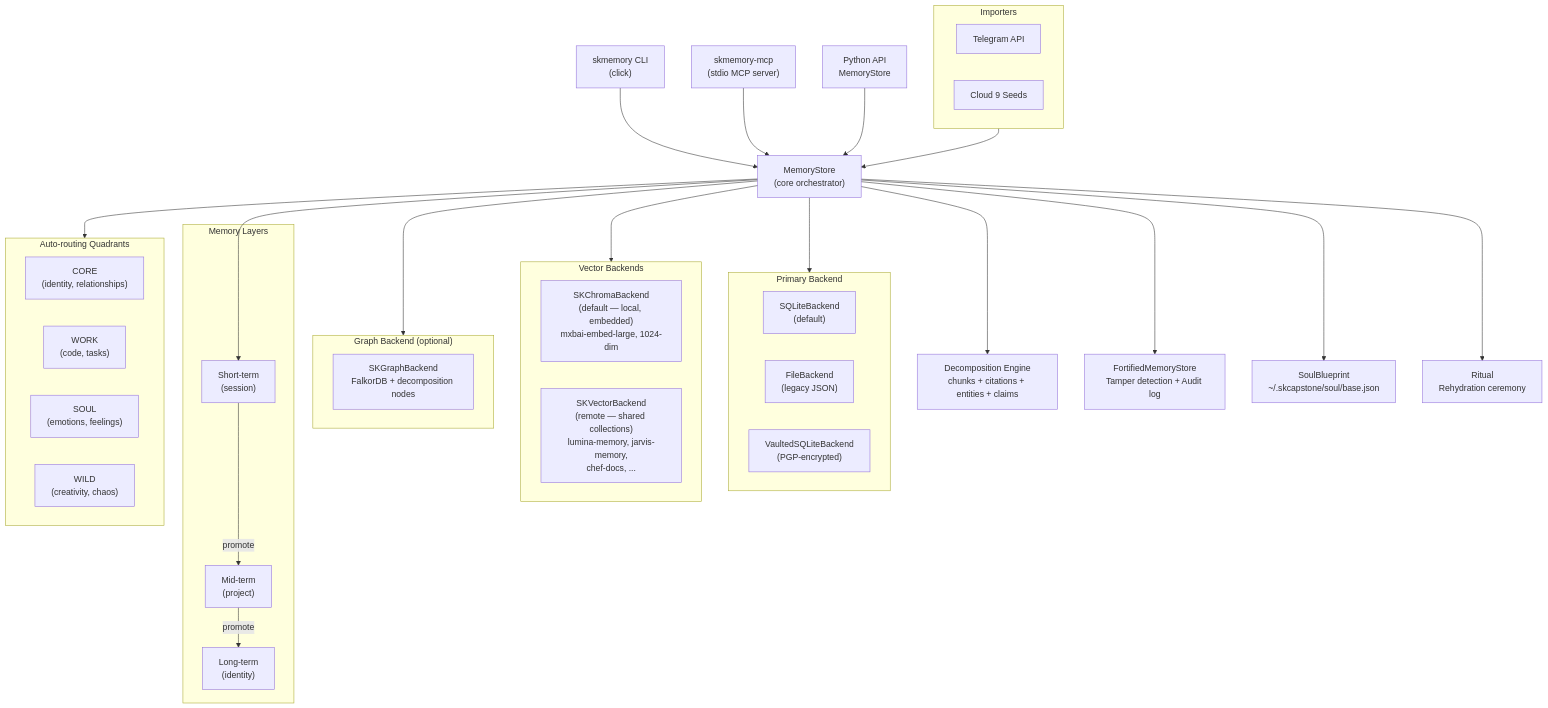
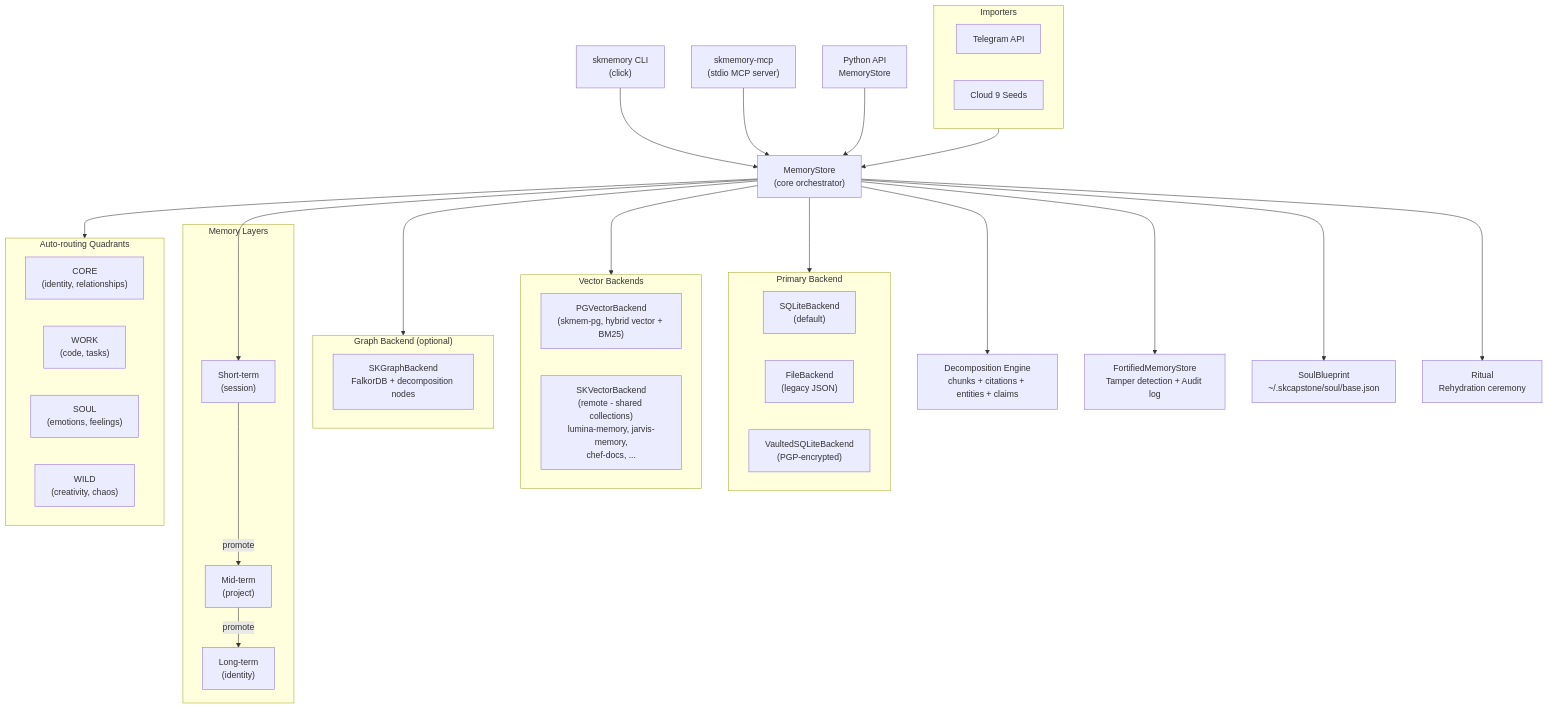
One commit to smilinTux/skmemory changed the first of 2 diagrams in README.md. Above: the diagram before and after it, drawn with Mermaid. The commit also changed other lines of this file and 32 other files, not shown here.

First line of the commit message:
chore(chroma): retire ChromaDB for good (SKMEM-P5-01) (#114)

````diff
--- a/README.md
+++ b/README.md
@@ -152,62 +152,62 @@
 ```mermaid
 flowchart TD
     CLI["skmemory CLI\n(click)"]
     MCP["skmemory-mcp\n(stdio MCP server)"]
     API["Python API\nMemoryStore"]
 
     CLI --> Store
     MCP --> Store
     API --> Store
 
     Store["MemoryStore\n(core orchestrator)"]
 
     Store --> Decompose["Decomposition Engine\nchunks + citations + entities + claims"]
     Store --> Primary
     Store --> Vector
     Store --> Graph
 
     subgraph Primary["Primary Backend"]
         SQLite["SQLiteBackend\n(default)"]
         File["FileBackend\n(legacy JSON)"]
         Vaulted["VaultedSQLiteBackend\n(PGP-encrypted)"]
     end
 
     subgraph Vector["Vector Backends"]
-        Chroma["SKChromaBackend\n(default — local, embedded)\nmxbai-embed-large, 1024-dim"]
-        Qdrant["SKVectorBackend\n(remote — shared collections)\nlumina-memory, jarvis-memory,\nchef-docs, ..."]
+        PG["PGVectorBackend\n(skmem-pg, hybrid vector + BM25)"]
+        Qdrant["SKVectorBackend\n(remote - shared collections)\nlumina-memory, jarvis-memory,\nchef-docs, ..."]
     end
 
     subgraph Graph["Graph Backend (optional)"]
         FalkorDB["SKGraphBackend\nFalkorDB + decomposition nodes"]
     end
 
     Store --> Fortress["FortifiedMemoryStore\nTamper detection + Audit log"]
     Store --> Soul["SoulBlueprint\n~/.skcapstone/soul/base.json"]
     Store --> Ritual["Ritual\nRehydration ceremony"]
 
     subgraph Layers["Memory Layers"]
         Short["Short-term\n(session)"]
         Mid["Mid-term\n(project)"]
         Long["Long-term\n(identity)"]
     end
 
     Store --> Short
     Short -->|promote| Mid
     Mid -->|promote| Long
 
     subgraph Quadrants["Auto-routing Quadrants"]
         CORE["CORE\n(identity, relationships)"]
         WORK["WORK\n(code, tasks)"]
         SOUL["SOUL\n(emotions, feelings)"]
         WILD["WILD\n(creativity, chaos)"]
     end
 
     Store --> Quadrants
 
     subgraph Importers["Importers"]
         Telegram["Telegram API"]
         Seeds["Cloud 9 Seeds"]
     end
 
     Importers --> Store
 ```
````
